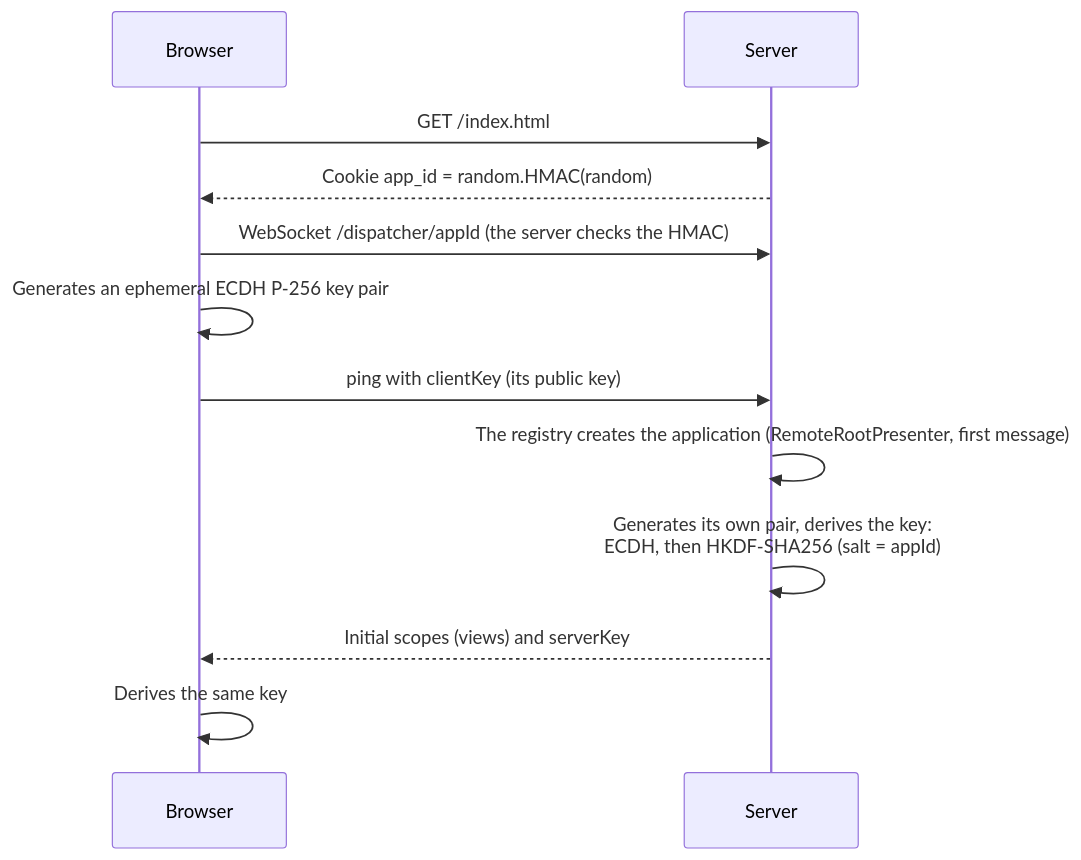
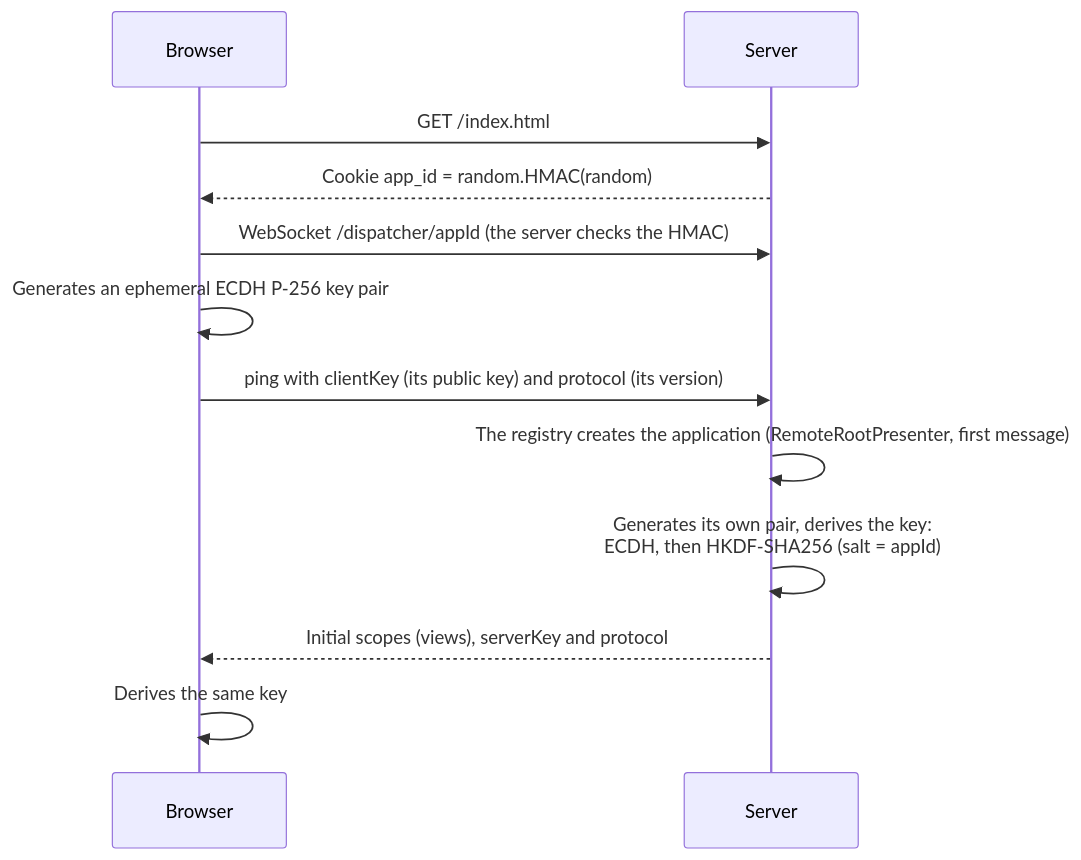
One commit to mrcdom/wdc-cube-kotlin changed the fifth of 9 diagrams in docs/architecture-react.md. Above: the diagram before and after it, drawn with Mermaid. The commit also changed other lines of this file and 40 other files, not shown here.

````diff
--- a/docs/architecture-react.md
+++ b/docs/architecture-react.md
@@ -179,16 +179,16 @@
 ```mermaid
 sequenceDiagram
     participant Browser as Browser
     participant Server as Server
 
     Browser->>Server: GET /index.html
     Server-->>Browser: Cookie app_id = random.HMAC(random)
 
     Browser->>Server: WebSocket /dispatcher/appId (the server checks the HMAC)
     Browser->>Browser: Generates an ephemeral ECDH P-256 key pair
-    Browser->>Server: ping with clientKey (its public key)
+    Browser->>Server: ping with clientKey (its public key) and protocol (its version)
     Server->>Server: The registry creates the application (RemoteRootPresenter, first message)
     Server->>Server: Generates its own pair, derives the key:<br/>ECDH, then HKDF-SHA256 (salt = appId)
-    Server-->>Browser: Initial scopes (views) and serverKey
+    Server-->>Browser: Initial scopes (views), serverKey and protocol
     Browser->>Browser: Derives the same key
 ```
````
